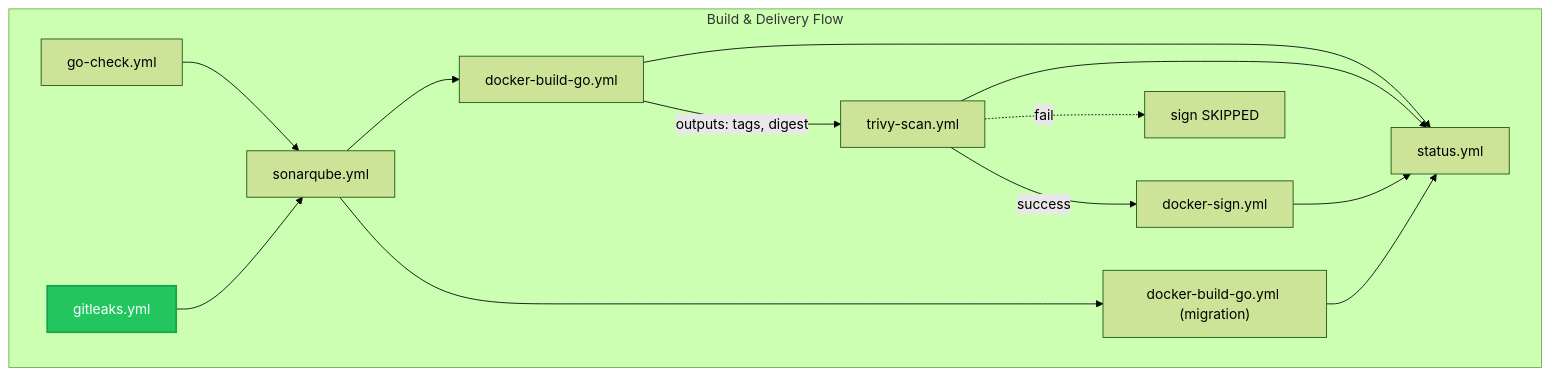
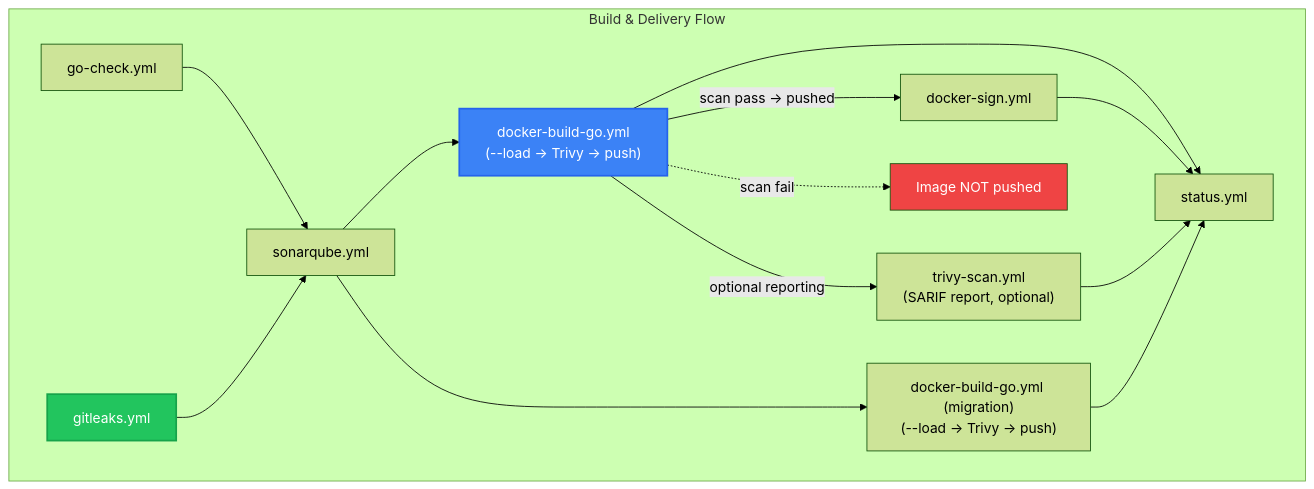
Before and after one commit to duynhlab/homelab: the sixth of 12 diagrams in docs/platform/cicd.md, drawn with Mermaid (forest theme). The commit also changed other lines of this file and 56 other files, not shown here.

````diff
--- a/docs/platform/cicd.md
+++ b/docs/platform/cicd.md
@@ -171,31 +196,34 @@
 ```mermaid
 flowchart TD
     subgraph build_flow ["Build & Delivery Flow"]
         GOCHECK2["go-check.yml"]
         GITLEAKS2["gitleaks.yml"]
         SONAR2["sonarqube.yml"]
 
-        BUILD["docker-build-go.yml"]
-        SCAN["trivy-scan.yml"]
+        BUILD["docker-build-go.yml<br/>(--load → Trivy → push)"]
         SIGN["docker-sign.yml"]
 
-        DBINIT["docker-build-go.yml (migration)"]
+        DBINIT["docker-build-go.yml (migration)<br/>(--load → Trivy → push)"]
+
+        TRIVY_RPT["trivy-scan.yml<br/>(SARIF report, optional)"]
 
         NOTIFY2["status.yml"]
 
         GOCHECK2 --> SONAR2
         GITLEAKS2 --> SONAR2
         SONAR2 --> BUILD
         SONAR2 --> DBINIT
-        BUILD -->|"outputs: tags, digest"| SCAN
-        SCAN -->|"success"| SIGN
-        SCAN -.->|"fail"| SIGN_SKIP["sign SKIPPED"]
+        BUILD -->|"scan pass → pushed"| SIGN
+        BUILD -.->|"scan fail"| BUILD_FAIL["Image NOT pushed"]
+        BUILD -->|"optional reporting"| TRIVY_RPT
 
         BUILD --> NOTIFY2
-        SCAN --> NOTIFY2
         SIGN --> NOTIFY2
+        TRIVY_RPT --> NOTIFY2
         DBINIT --> NOTIFY2
     end
     
     style GITLEAKS2 fill:#22c55e,color:#fff,stroke:#16a34a,stroke-width:2px
+    style BUILD fill:#3b82f6,color:#fff,stroke:#2563eb,stroke-width:2px
+    style BUILD_FAIL fill:#ef4444,color:#fff
 ```
````
